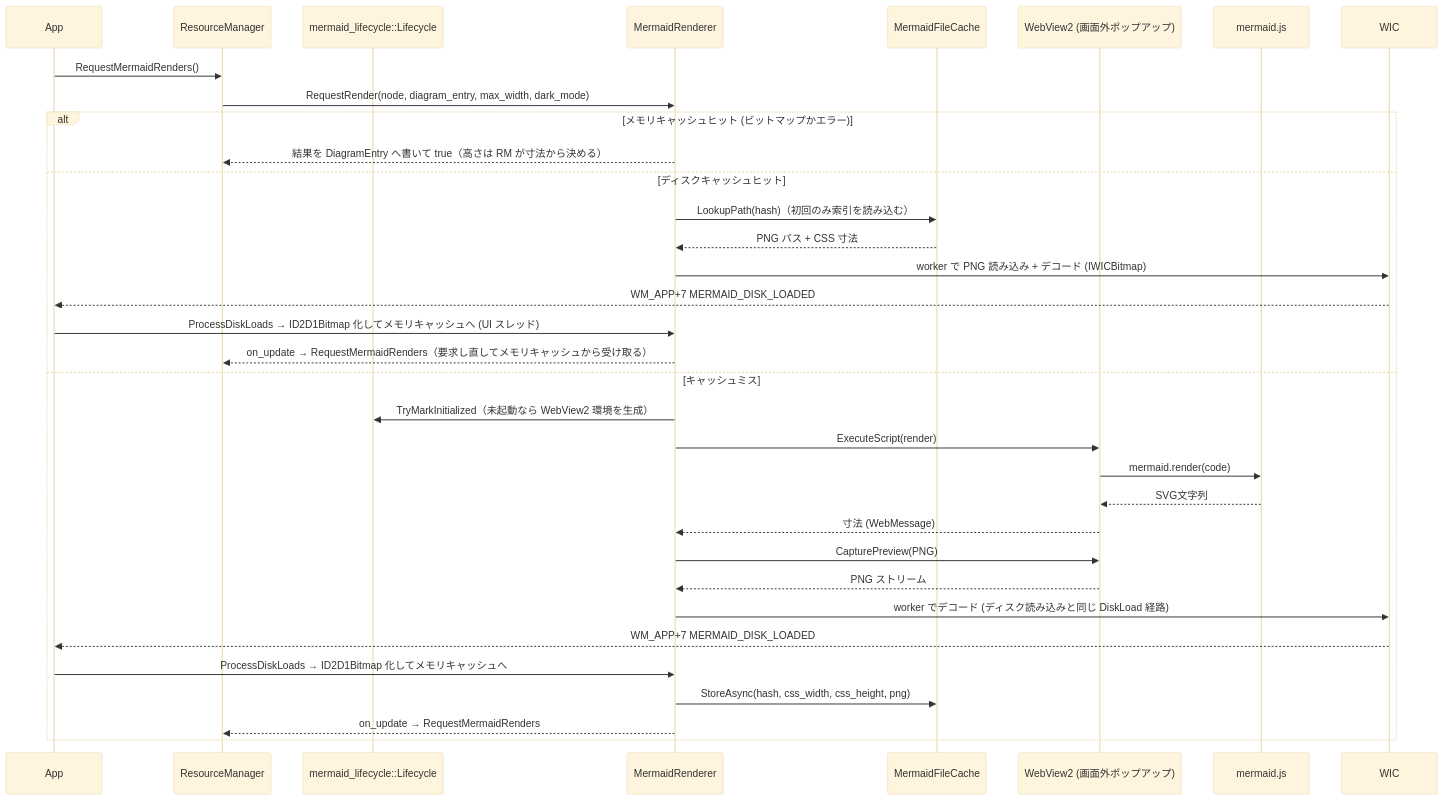
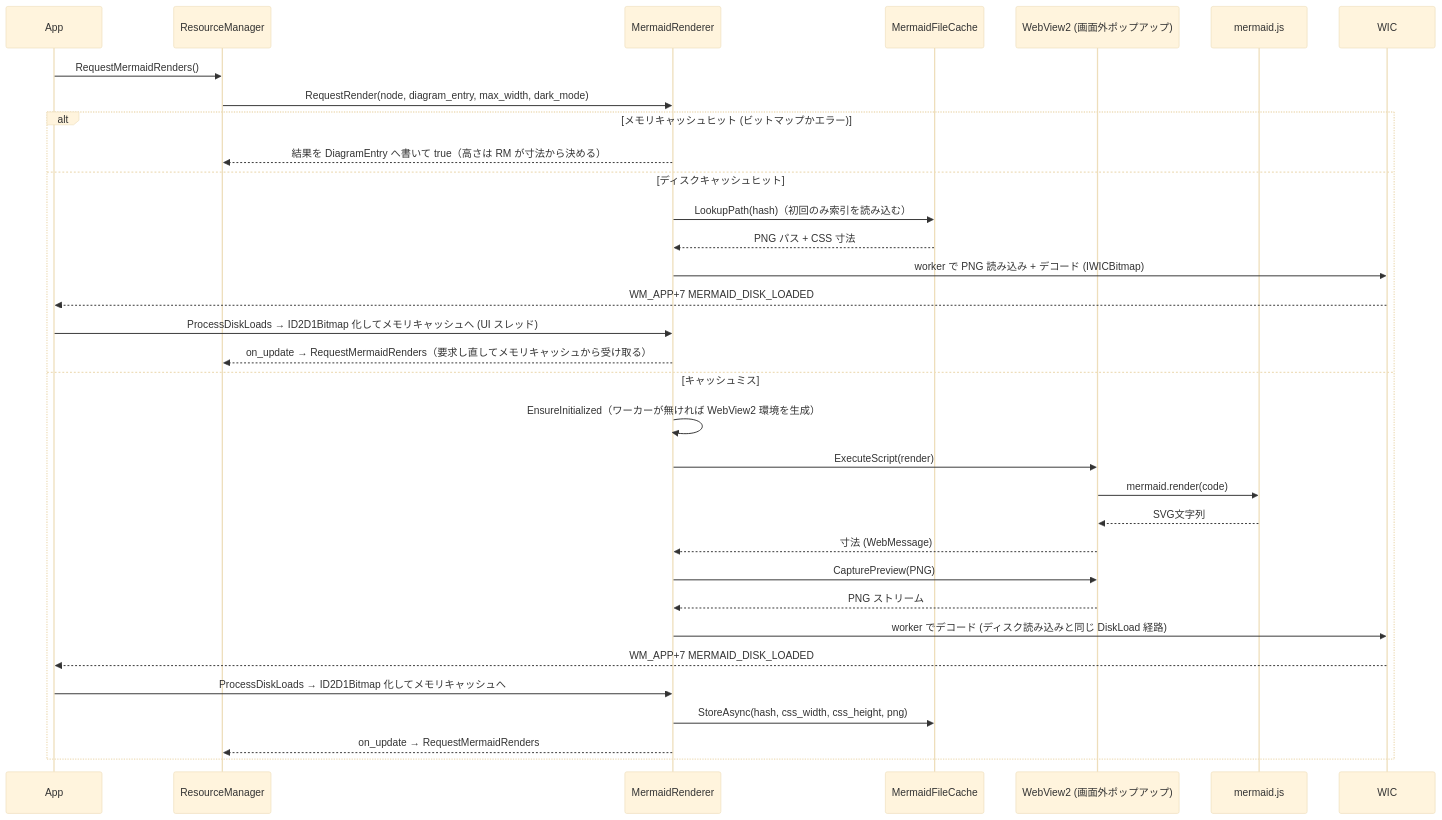
One commit to tanaton/mendo changed diagram 11 of 27 in example/test.md. Above: the diagram before and after it, drawn with Mermaid (base theme). The commit also changed other lines of this file and 41 other files, not shown here.

````diff
--- a/example/test.md
+++ b/example/test.md
@@ -1573,37 +1573,36 @@
 ```mermaid
 sequenceDiagram
     participant APP as App
     participant RM as ResourceManager
-    participant ML as mermaid_lifecycle::Lifecycle
     participant MR as MermaidRenderer
     participant FC as MermaidFileCache
     participant WV as WebView2 (画面外ポップアップ)
     participant JS as mermaid.js
     participant WIC as WIC
 
     APP->>RM: RequestMermaidRenders()
     RM->>MR: RequestRender(node, diagram_entry, max_width, dark_mode)
     alt メモリキャッシュヒット (ビットマップかエラー)
         MR-->>RM: 結果を DiagramEntry へ書いて true（高さは RM が寸法から決める）
     else ディスクキャッシュヒット
         MR->>FC: LookupPath(hash)（初回のみ索引を読み込む）
         FC-->>MR: PNG パス + CSS 寸法
         MR->>WIC: worker で PNG 読み込み + デコード (IWICBitmap)
         WIC-->>APP: WM_APP+7 MERMAID_DISK_LOADED
         APP->>MR: ProcessDiskLoads → ID2D1Bitmap 化してメモリキャッシュへ (UI スレッド)
         MR-->>RM: on_update → RequestMermaidRenders（要求し直してメモリキャッシュから受け取る）
     else キャッシュミス
-        MR->>ML: TryMarkInitialized（未起動なら WebView2 環境を生成）
+        MR->>MR: EnsureInitialized（ワーカーが無ければ WebView2 環境を生成）
         MR->>WV: ExecuteScript(render)
         WV->>JS: mermaid.render(code)
         JS-->>WV: SVG文字列
         WV-->>MR: 寸法 (WebMessage)
         MR->>WV: CapturePreview(PNG)
         WV-->>MR: PNG ストリーム
         MR->>WIC: worker でデコード (ディスク読み込みと同じ DiskLoad 経路)
         WIC-->>APP: WM_APP+7 MERMAID_DISK_LOADED
         APP->>MR: ProcessDiskLoads → ID2D1Bitmap 化してメモリキャッシュへ
         MR->>FC: StoreAsync(hash, css_width, css_height, png)
         MR-->>RM: on_update → RequestMermaidRenders
     end
 ```
````
